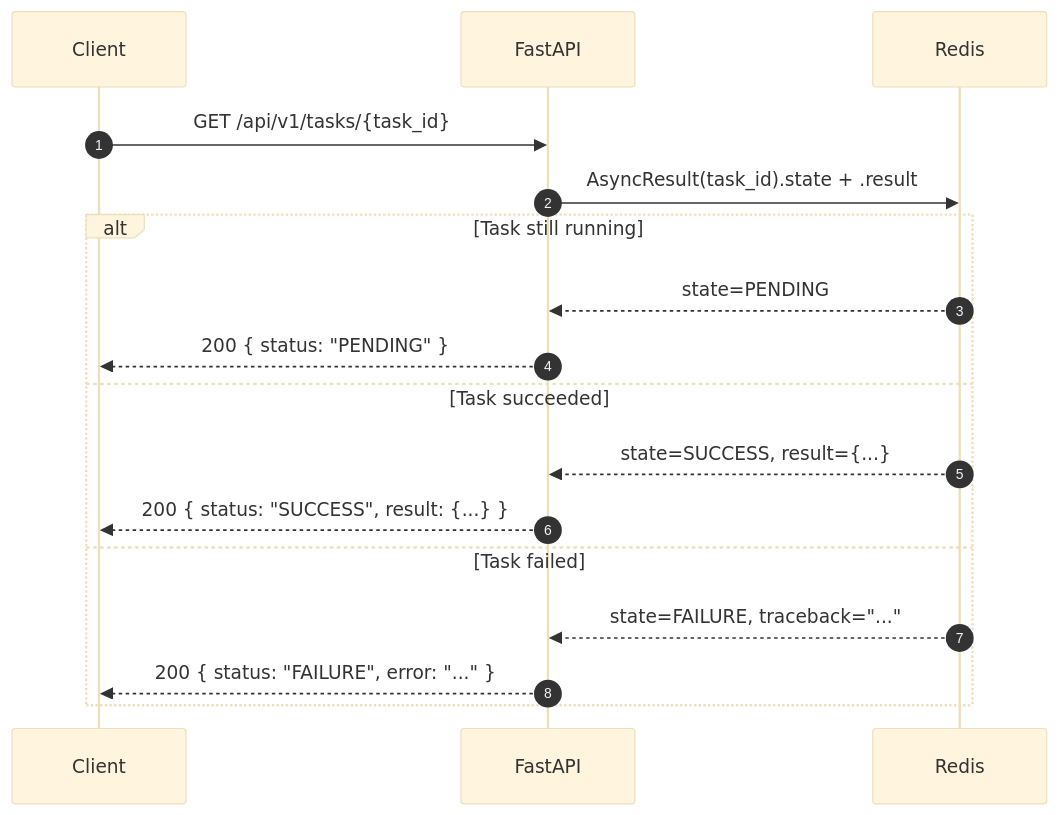
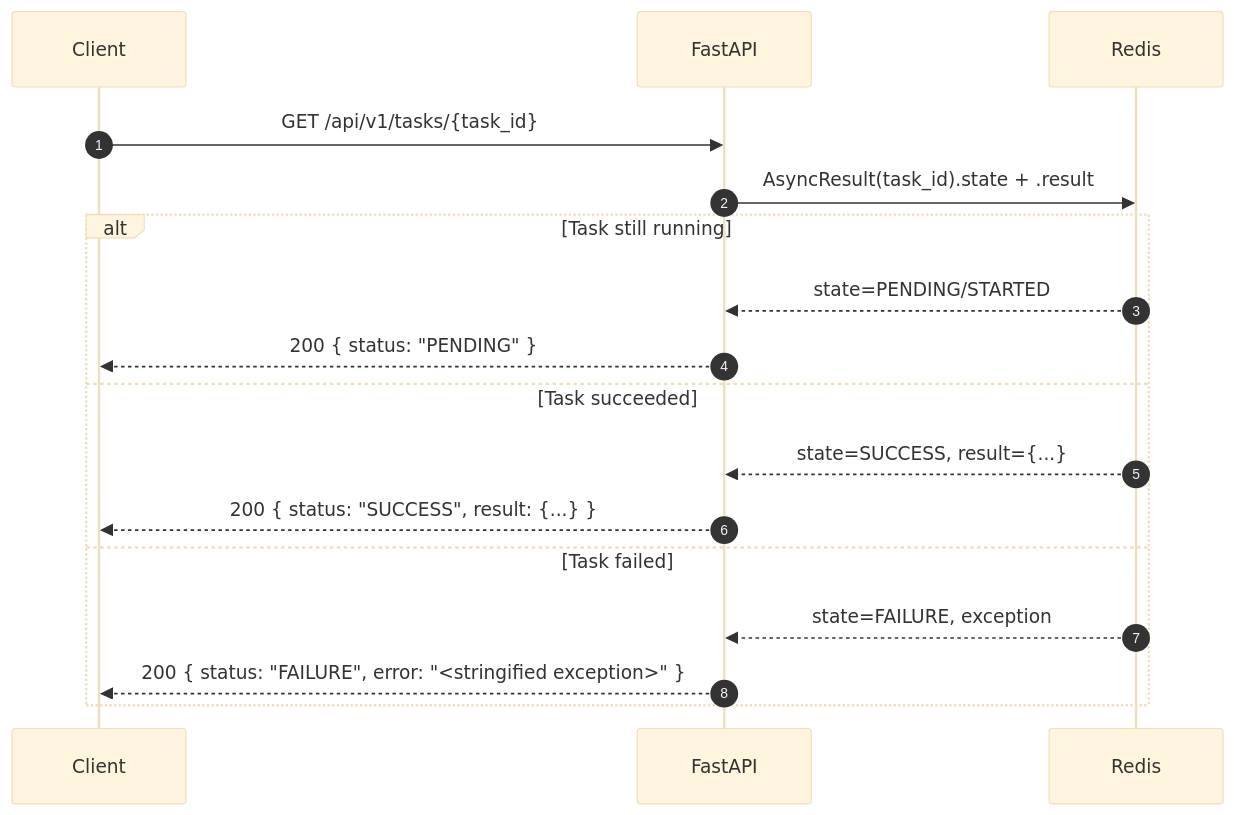
Before and after one commit to ayan711/multi-tenant-rag-pipeline: the fourth of 8 diagrams in architecture.md, drawn with Mermaid (base theme). The commit also changed other lines of this file and 22 other files, not shown here.

````diff
--- a/architecture.md
+++ b/architecture.md
@@ -159,22 +217,22 @@
 ```mermaid
 sequenceDiagram
     autonumber
     participant Client
     participant FastAPI
     participant Redis
 
     Client->>FastAPI: GET /api/v1/tasks/{task_id}
 
     FastAPI->>Redis: AsyncResult(task_id).state + .result
 
     alt Task still running
-        Redis-->>FastAPI: state=PENDING
+        Redis-->>FastAPI: state=PENDING/STARTED
         FastAPI-->>Client: 200 { status: "PENDING" }
     else Task succeeded
         Redis-->>FastAPI: state=SUCCESS, result={...}
         FastAPI-->>Client: 200 { status: "SUCCESS", result: {...} }
     else Task failed
-        Redis-->>FastAPI: state=FAILURE, traceback="..."
-        FastAPI-->>Client: 200 { status: "FAILURE", error: "..." }
+        Redis-->>FastAPI: state=FAILURE, exception
+        FastAPI-->>Client: 200 { status: "FAILURE", error: "<stringified exception>" }
     end
 ```
````
